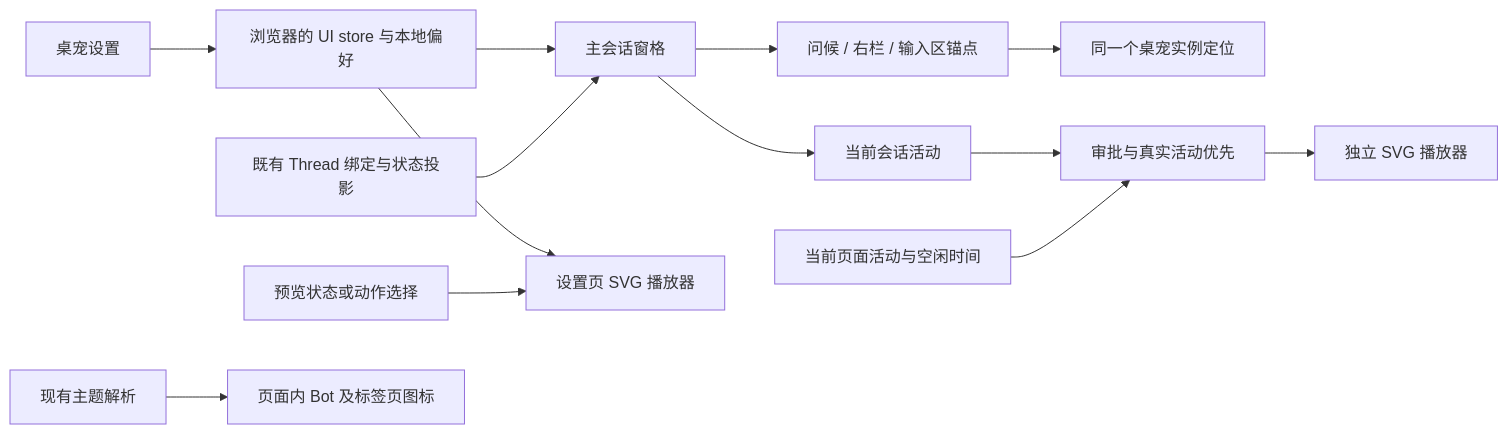
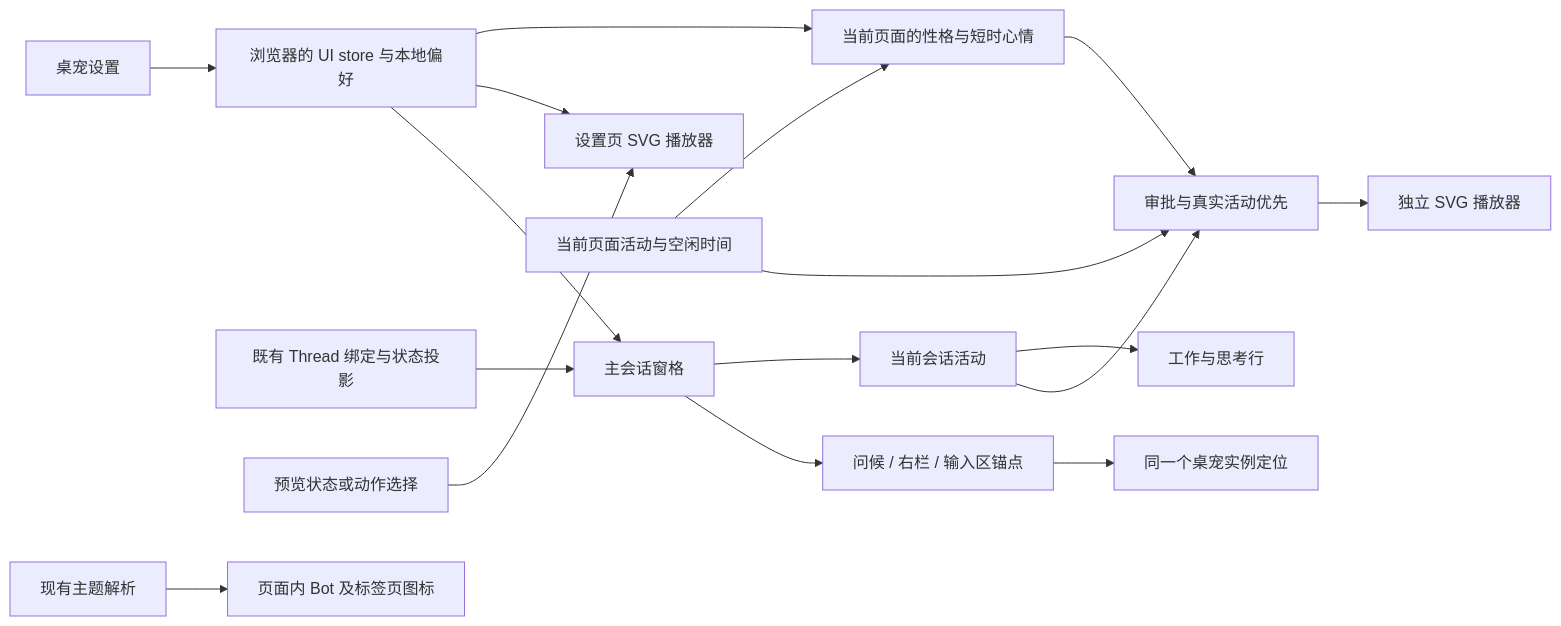
Before and after one commit to LiangLiang723/codex-web: the diagram in specs/selfhost-codex/brand-and-conversation-pet.md, drawn with Mermaid. The commit also changed other lines of this file and 23 other files, not shown here.

First line of the commit message:
✨ 让桌宠按性格自主反应并恢复标签图标原样

````diff
--- a/specs/selfhost-codex/brand-and-conversation-pet.md
+++ b/specs/selfhost-codex/brand-and-conversation-pet.md
@@ -24,15 +25,19 @@
 ```mermaid
 flowchart LR
   Settings[桌宠设置] --> Preference[浏览器的 UI store 与本地偏好]
   Preference --> Pane[主会话窗格]
   Preference --> Preview[设置页 SVG 播放器]
   Runtime[既有 Thread 绑定与状态投影] --> Pane
   Pane --> Anchor[问候 / 右栏 / 输入区锚点]
   Anchor --> Pet[同一个桌宠实例定位]
   Pane --> Activity[当前会话活动]
   Activity --> Motion[审批与真实活动优先]
   Gesture[当前页面活动与空闲时间] --> Motion
   Motion --> Player[独立 SVG 播放器]
+  Activity --> Summary[工作与思考行]
+  Preference --> Mood[当前页面的性格与短时心情]
+  Gesture --> Mood
+  Mood --> Motion
   Preset[预览状态或动作选择] --> Preview[设置页 SVG 播放器]
   Theme[现有主题解析] --> Mark[页面内 Bot 及标签页图标]
 ```
````
